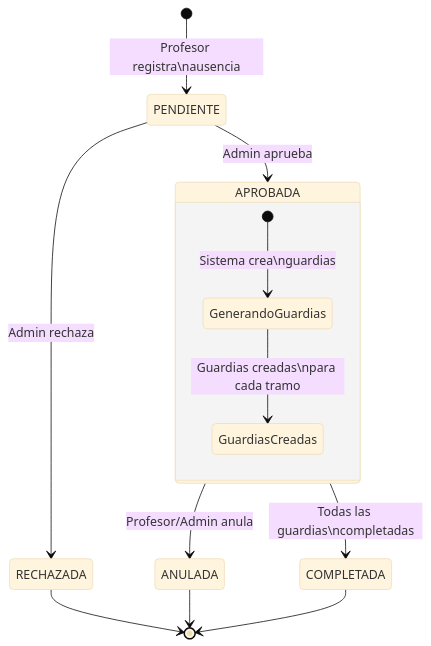
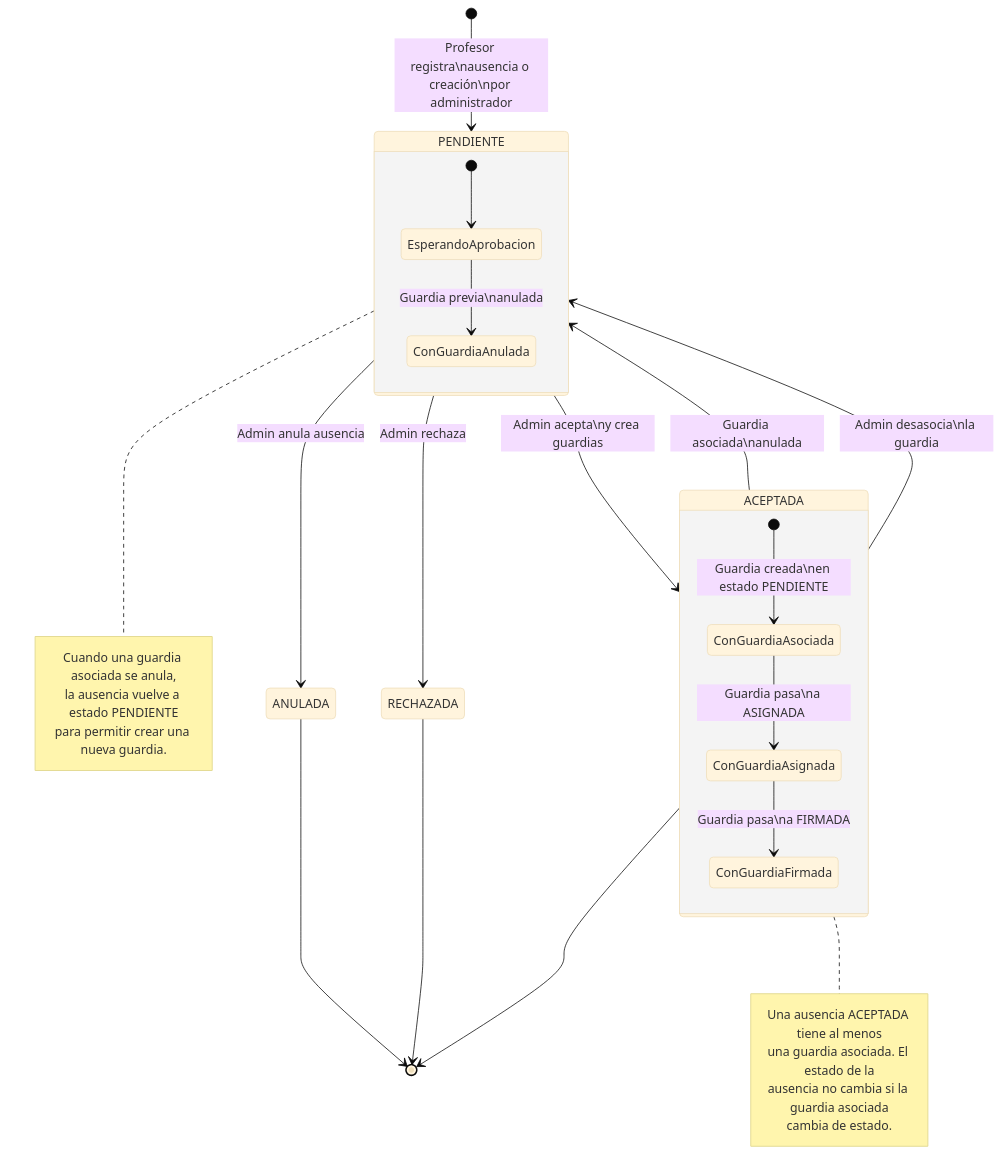
One commit to RGiskard7/gestion-guardias changed the second of 4 diagrams in doc/DIAGRAMAS-ESTADOS.md. Above: the diagram before and after it, drawn with Mermaid (base theme). The commit also changed other lines of this file and 5 other files, not shown here.

First line of the commit message:
docs: actualizar documentación técnica y diagramas

````diff
--- a/doc/DIAGRAMAS-ESTADOS.md
+++ b/doc/DIAGRAMAS-ESTADOS.md
@@ -36,16 +53,36 @@
 ```mermaid
 stateDiagram-v2
-    [*] --> PENDIENTE: Profesor registra\nausencia
-    PENDIENTE --> APROBADA: Admin aprueba
+    [*] --> PENDIENTE: Profesor registra\nausencia o creación\npor administrador
+    PENDIENTE --> ACEPTADA: Admin acepta\ny crea guardias
     PENDIENTE --> RECHAZADA: Admin rechaza
-    APROBADA --> ANULADA: Profesor/Admin anula
-    APROBADA --> COMPLETADA: Todas las guardias\ncompletadas
+    ACEPTADA --> PENDIENTE: Guardia asociada\nanulada
+    ACEPTADA --> PENDIENTE: Admin desasocia\nla guardia
+    PENDIENTE --> ANULADA: Admin anula ausencia
     ANULADA --> [*]
     RECHAZADA --> [*]
-    COMPLETADA --> [*]
+    ACEPTADA --> [*]
 
-    state APROBADA {
-        [*] --> GenerandoGuardias: Sistema crea\nguardias
-        GenerandoGuardias --> GuardiasCreadas: Guardias creadas\npara cada tramo
+    state PENDIENTE {
+        [*] --> EsperandoAprobacion
+        EsperandoAprobacion --> ConGuardiaAnulada: Guardia previa\nanulada
     }
+    
+    state ACEPTADA {
+        [*] --> ConGuardiaAsociada: Guardia creada\nen estado PENDIENTE
+        ConGuardiaAsociada --> ConGuardiaAsignada: Guardia pasa\na ASIGNADA
+        ConGuardiaAsignada --> ConGuardiaFirmada: Guardia pasa\na FIRMADA
+    }
+
+    note right of PENDIENTE
+      Cuando una guardia asociada se anula,
+      la ausencia vuelve a estado PENDIENTE
+      para permitir crear una nueva guardia.
+    end note
+    
+    note right of ACEPTADA
+      Una ausencia ACEPTADA tiene al menos
+      una guardia asociada. El estado de la
+      ausencia no cambia si la guardia asociada
+      cambia de estado.
+    end note
 ```
````
